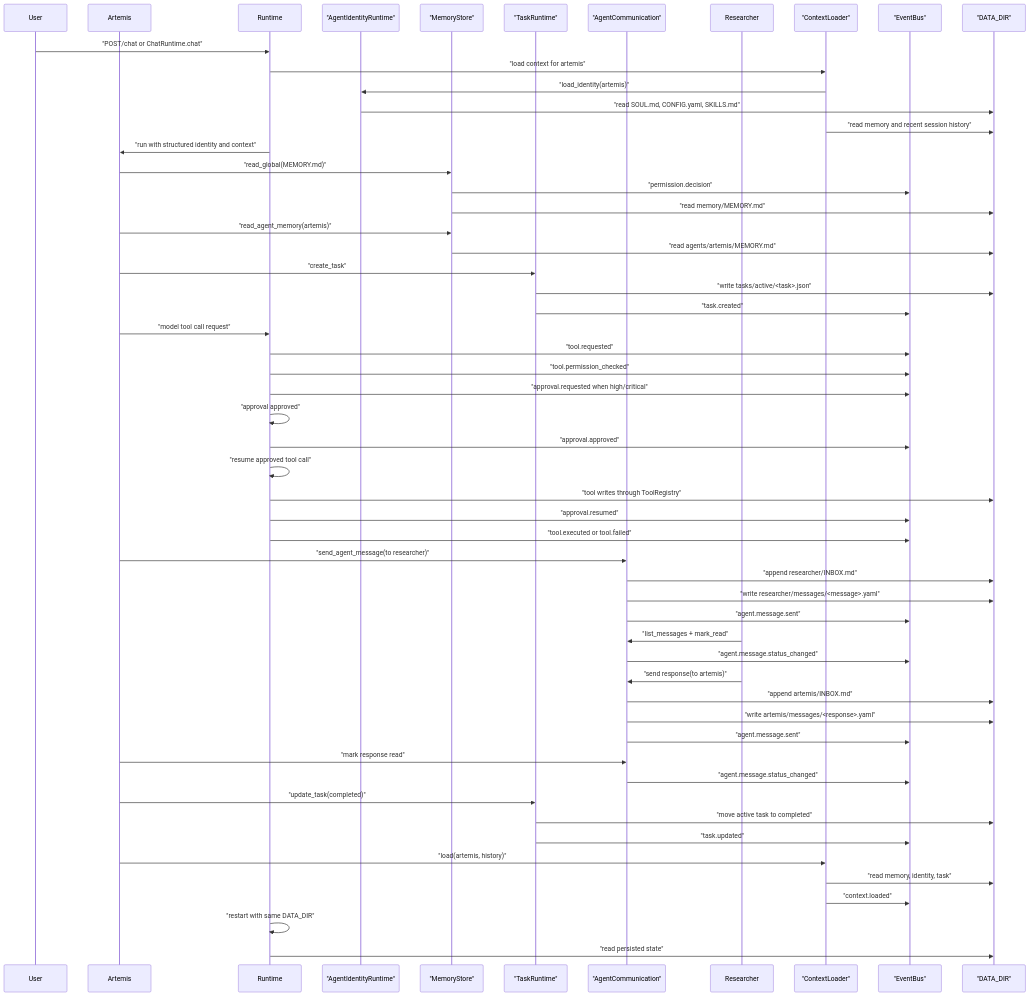
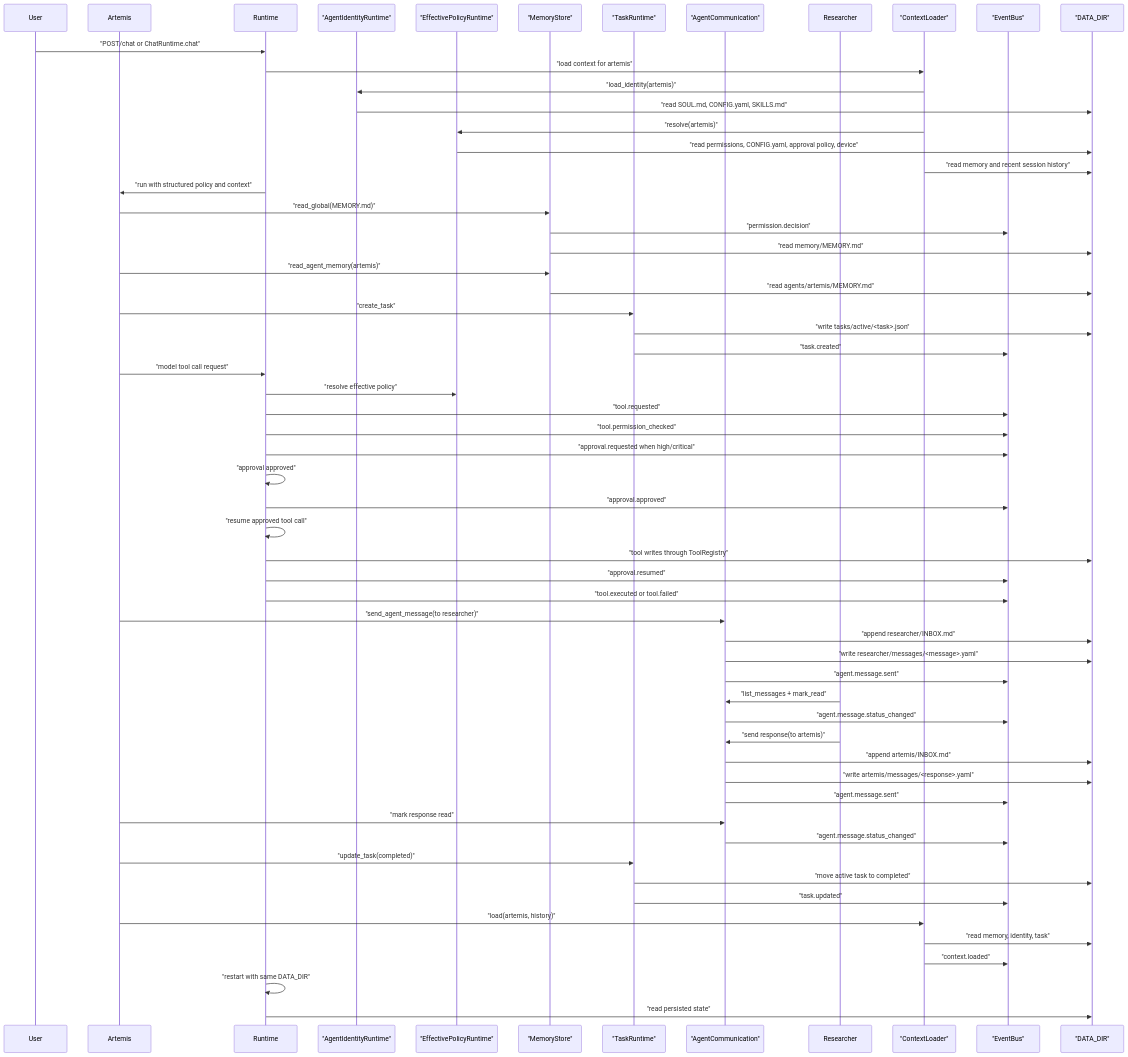
The diagram in docs/validation/runtime-walkthrough.md (xDynamo01/Synapse), drawn with Mermaid before and after one commit. The commit also changed other lines of this file and 13 other files, not shown here.

Commit message:
feat: add effective agent policy

````diff
--- a/docs/validation/runtime-walkthrough.md
+++ b/docs/validation/runtime-walkthrough.md
@@ -687,59 +701,63 @@
 ```mermaid
 sequenceDiagram
     participant User
     participant Artemis
     participant Runtime
     participant Identity as "AgentIdentityRuntime"
+    participant Policy as "EffectivePolicyRuntime"
     participant Memory as "MemoryStore"
     participant Tasks as "TaskRuntime"
     participant A2A as "AgentCommunication"
     participant Researcher
     participant Context as "ContextLoader"
     participant Events as "EventBus"
     participant Files as "DATA_DIR"
 
     User->>Runtime: "POST/chat or ChatRuntime.chat"
     Runtime->>Context: "load context for artemis"
     Context->>Identity: "load_identity(artemis)"
     Identity->>Files: "read SOUL.md, CONFIG.yaml, SKILLS.md"
+    Context->>Policy: "resolve(artemis)"
+    Policy->>Files: "read permissions, CONFIG.yaml, approval policy, device"
     Context->>Files: "read memory and recent session history"
-    Runtime->>Artemis: "run with structured identity and context"
+    Runtime->>Artemis: "run with structured policy and context"
     Artemis->>Memory: "read_global(MEMORY.md)"
     Memory->>Events: "permission.decision"
     Memory->>Files: "read memory/MEMORY.md"
     Artemis->>Memory: "read_agent_memory(artemis)"
     Memory->>Files: "read agents/artemis/MEMORY.md"
     Artemis->>Tasks: "create_task"
     Tasks->>Files: "write tasks/active/<task>.json"
     Tasks->>Events: "task.created"
     Artemis->>Runtime: "model tool call request"
+    Runtime->>Policy: "resolve effective policy"
     Runtime->>Events: "tool.requested"
     Runtime->>Events: "tool.permission_checked"
     Runtime->>Events: "approval.requested when high/critical"
     Runtime->>Runtime: "approval approved"
     Runtime->>Events: "approval.approved"
     Runtime->>Runtime: "resume approved tool call"
     Runtime->>Files: "tool writes through ToolRegistry"
     Runtime->>Events: "approval.resumed"
     Runtime->>Events: "tool.executed or tool.failed"
     Artemis->>A2A: "send_agent_message(to researcher)"
     A2A->>Files: "append researcher/INBOX.md"
     A2A->>Files: "write researcher/messages/<message>.yaml"
     A2A->>Events: "agent.message.sent"
     Researcher->>A2A: "list_messages + mark_read"
     A2A->>Events: "agent.message.status_changed"
     Researcher->>A2A: "send response(to artemis)"
     A2A->>Files: "append artemis/INBOX.md"
     A2A->>Files: "write artemis/messages/<response>.yaml"
     A2A->>Events: "agent.message.sent"
     Artemis->>A2A: "mark response read"
     A2A->>Events: "agent.message.status_changed"
     Artemis->>Tasks: "update_task(completed)"
     Tasks->>Files: "move active task to completed"
     Tasks->>Events: "task.updated"
     Artemis->>Context: "load(artemis, history)"
     Context->>Files: "read memory, identity, task"
     Context->>Events: "context.loaded"
     Runtime->>Runtime: "restart with same DATA_DIR"
     Runtime->>Files: "read persisted state"
 ```
````
